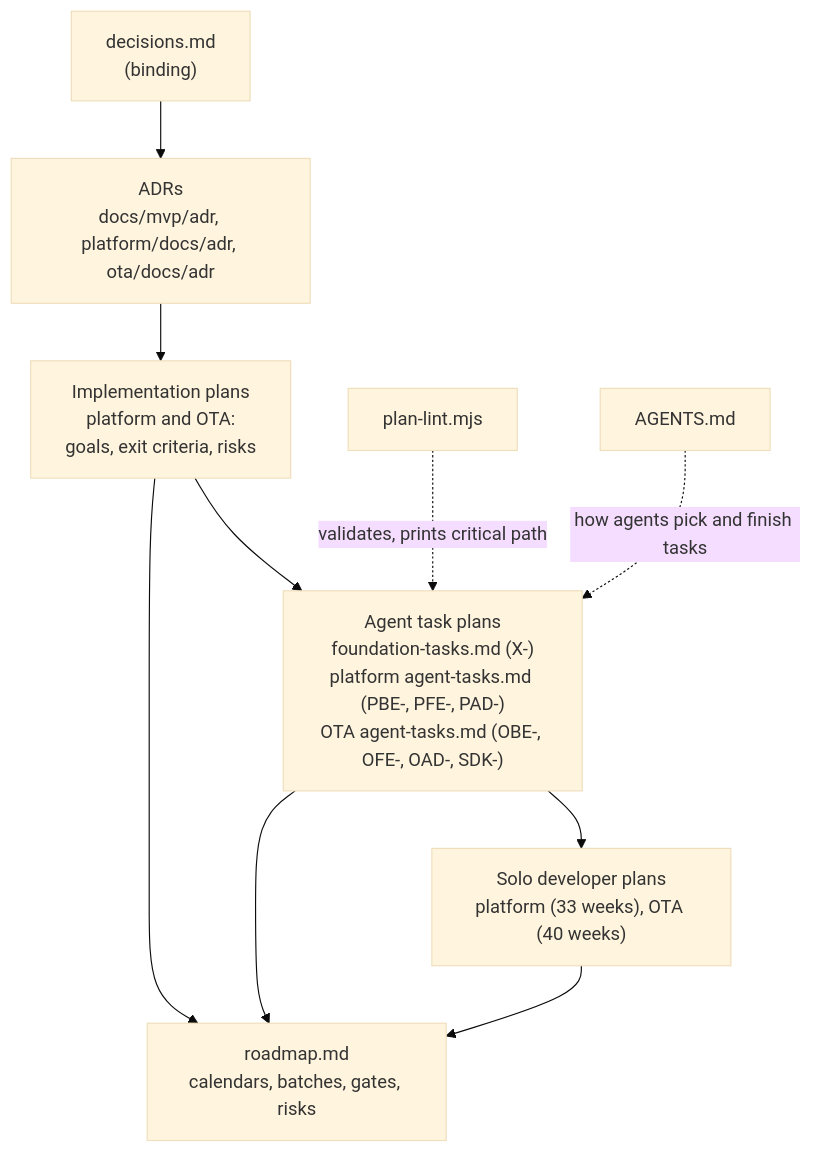
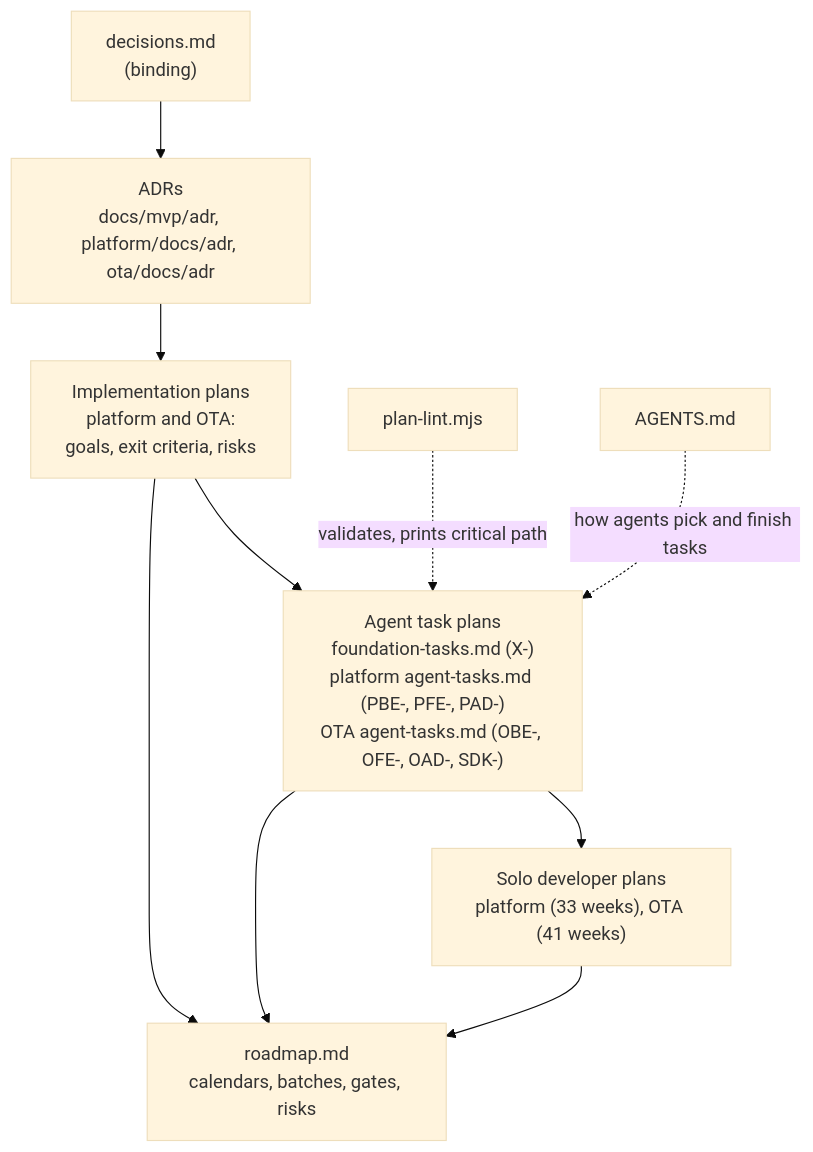
Before and after one commit to bhagwati-prasad/velexis-ota: the diagram in docs/mvp/plans/README.md, drawn with Mermaid (base theme). The commit also changed other lines of this file and 27 other files, not shown here.

First line of the commit message:
fix: move kysely-codegen to zod 4, name the test config and plan weeks, give the OTA API a larger young generation, and test the health check in CI

````diff
--- a/docs/mvp/plans/README.md
+++ b/docs/mvp/plans/README.md
@@ -22,12 +22,12 @@
 ```mermaid
 flowchart TD
   D["decisions.md<br/>(binding)"] --> A["ADRs<br/>docs/mvp/adr, platform/docs/adr, ota/docs/adr"]
   A --> IP["Implementation plans<br/>platform and OTA:<br/>goals, exit criteria, risks"]
   IP --> AT["Agent task plans<br/>foundation-tasks.md (X-)<br/>platform agent-tasks.md (PBE-, PFE-, PAD-)<br/>OTA agent-tasks.md (OBE-, OFE-, OAD-, SDK-)"]
-  AT --> SP["Solo developer plans<br/>platform (33 weeks), OTA (40 weeks)"]
+  AT --> SP["Solo developer plans<br/>platform (33 weeks), OTA (41 weeks)"]
   AT --> R["roadmap.md<br/>calendars, batches, gates, risks"]
   IP --> R
   SP --> R
   L["plan-lint.mjs"] -. validates, prints critical path .-> AT
   AG["AGENTS.md"] -. how agents pick and finish tasks .-> AT
 ```
````
